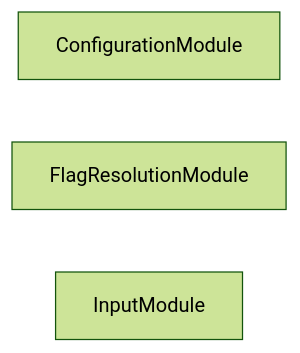
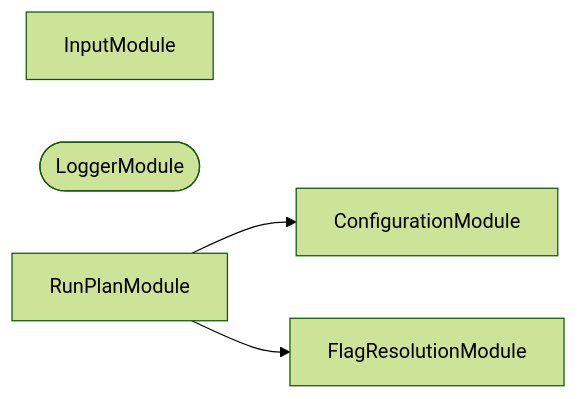
Before and after one commit to JimmyPaolini/codebase: the second of 3 diagrams in packages/ic-suite/callidescope/callidescope-configuration/README.md, drawn with Mermaid (forest theme). The commit also changed other lines of this file and 78 other files, not shown here.

````diff
--- a/packages/ic-suite/callidescope/callidescope-configuration/README.md
+++ b/packages/ic-suite/callidescope/callidescope-configuration/README.md
@@ -684,6 +688,10 @@
 ```mermaid
 flowchart LR
   ConfigurationModule
   FlagResolutionModule
   InputModule
+  LoggerModule([LoggerModule])
+  RunPlanModule
+  RunPlanModule --> ConfigurationModule
+  RunPlanModule --> FlagResolutionModule
 ```
````
